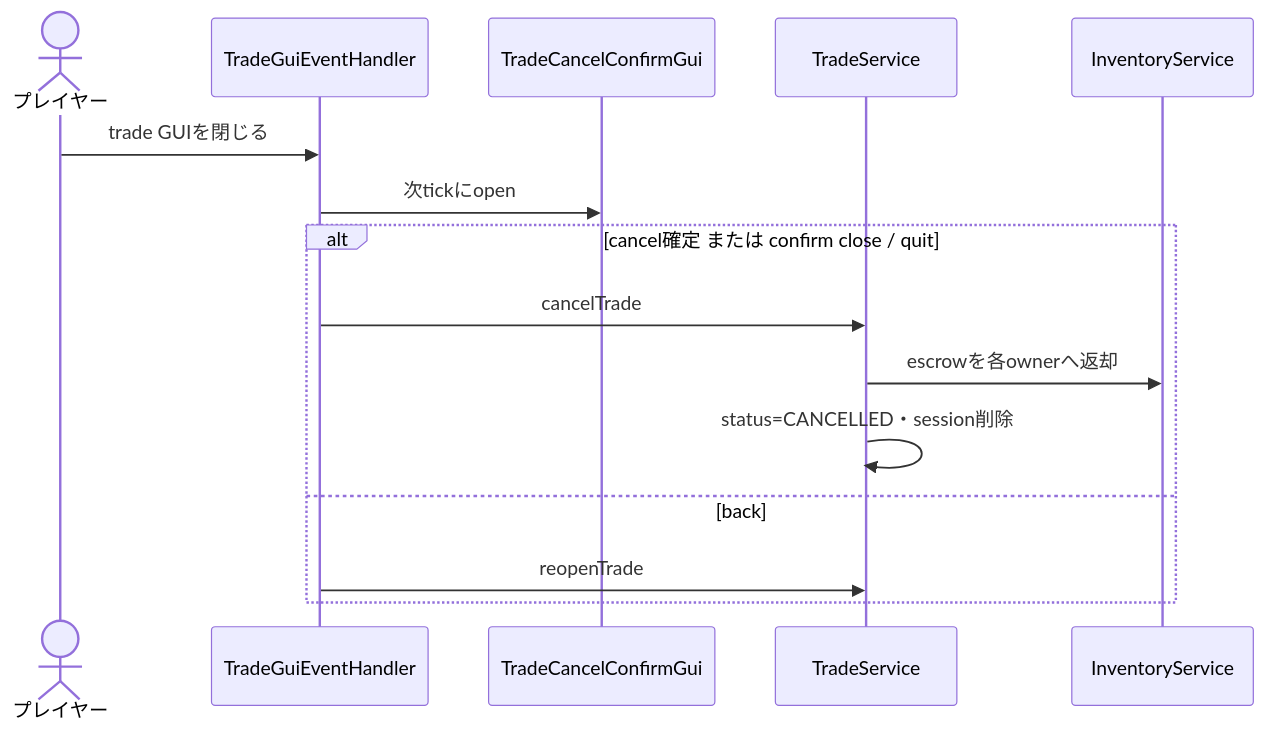
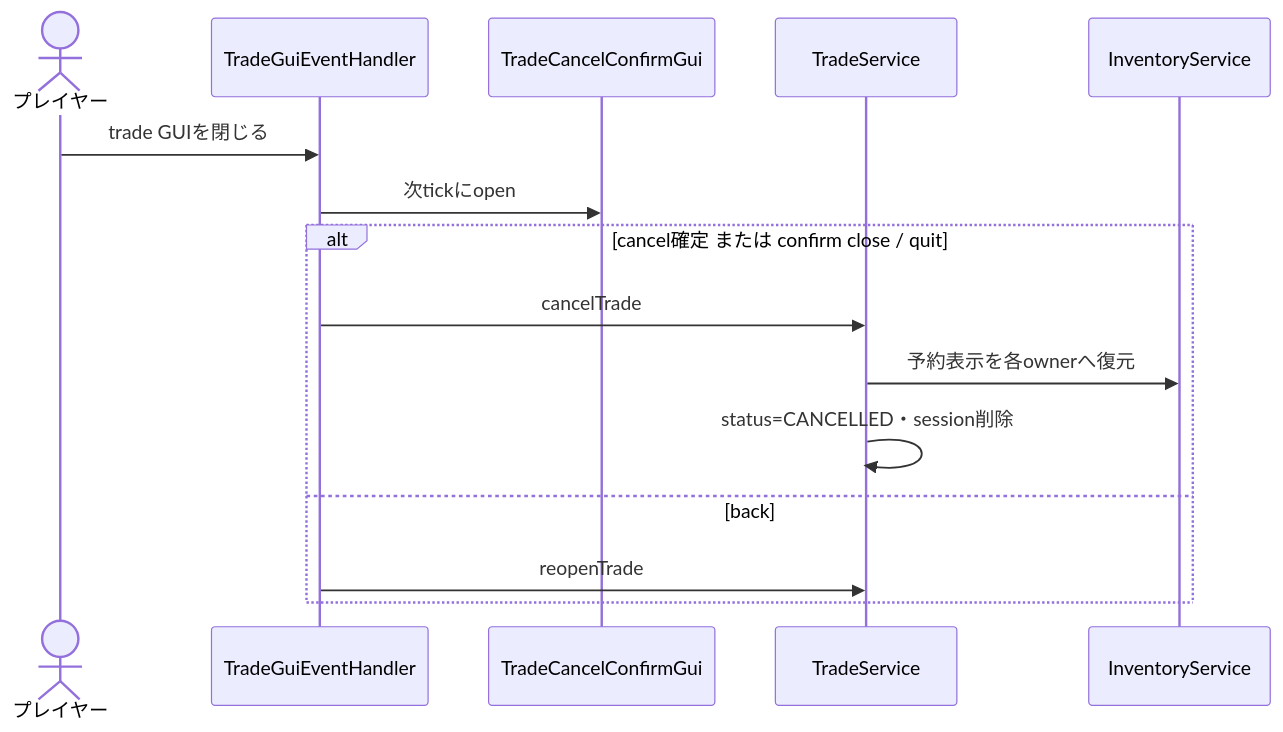
The fourth of 4 diagrams in 00_docs/10_Plugin設計書/feature/22-trade/22_4-統合フロー.md (maaasu/AstralRecord-Workspace), drawn with Mermaid before and after one commit. The commit also changed other lines of this file and 33 other files, not shown here.

````diff
--- a/00_docs/10_Plugin設計書/feature/22-trade/22_4-統合フロー.md
+++ b/00_docs/10_Plugin設計書/feature/22-trade/22_4-統合フロー.md
@@ -105,17 +118,17 @@
 ```mermaid
 sequenceDiagram
     actor Player as プレイヤー
     participant Event as TradeGuiEventHandler
     participant Confirm as TradeCancelConfirmGui
     participant Trade as TradeService
     participant Inventory as InventoryService
     Player->>Event: trade GUIを閉じる
     Event->>Confirm: 次tickにopen
     alt cancel確定 または confirm close / quit
         Event->>Trade: cancelTrade
-        Trade->>Inventory: escrowを各ownerへ返却
+        Trade->>Inventory: 予約表示を各ownerへ復元
         Trade->>Trade: status=CANCELLED・session削除
     else back
         Event->>Trade: reopenTrade
     end
 ```
````
